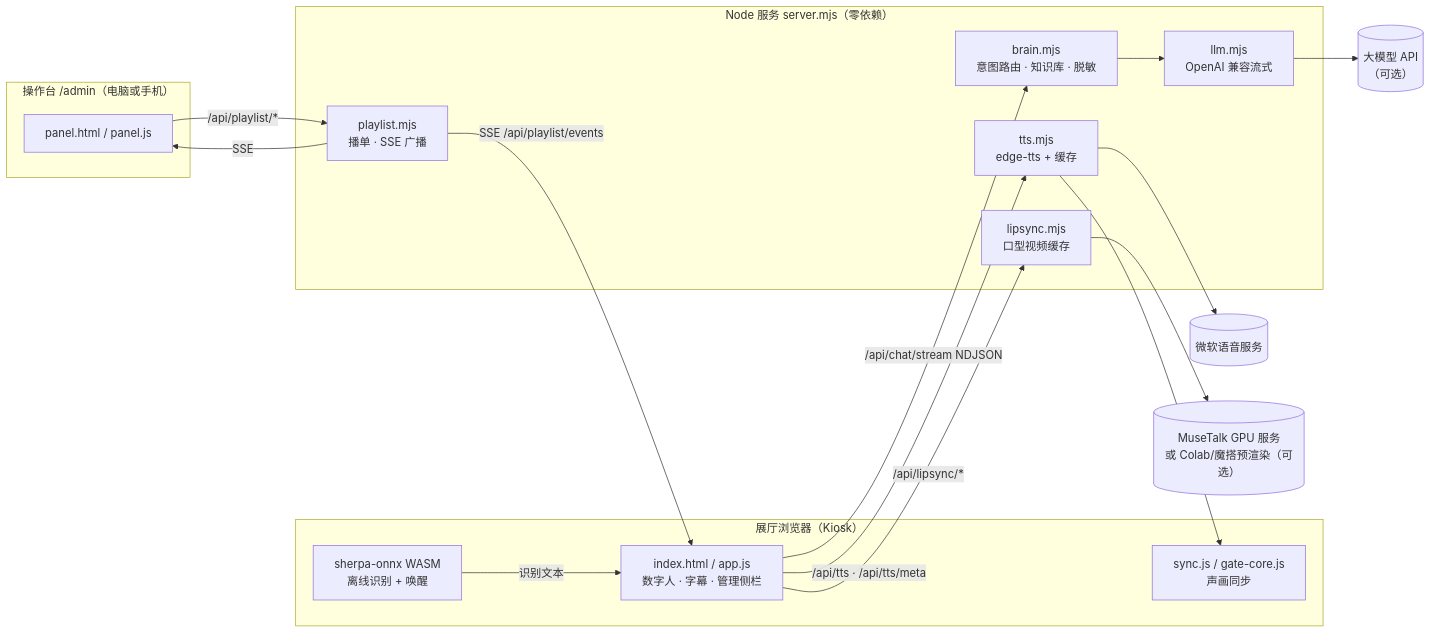
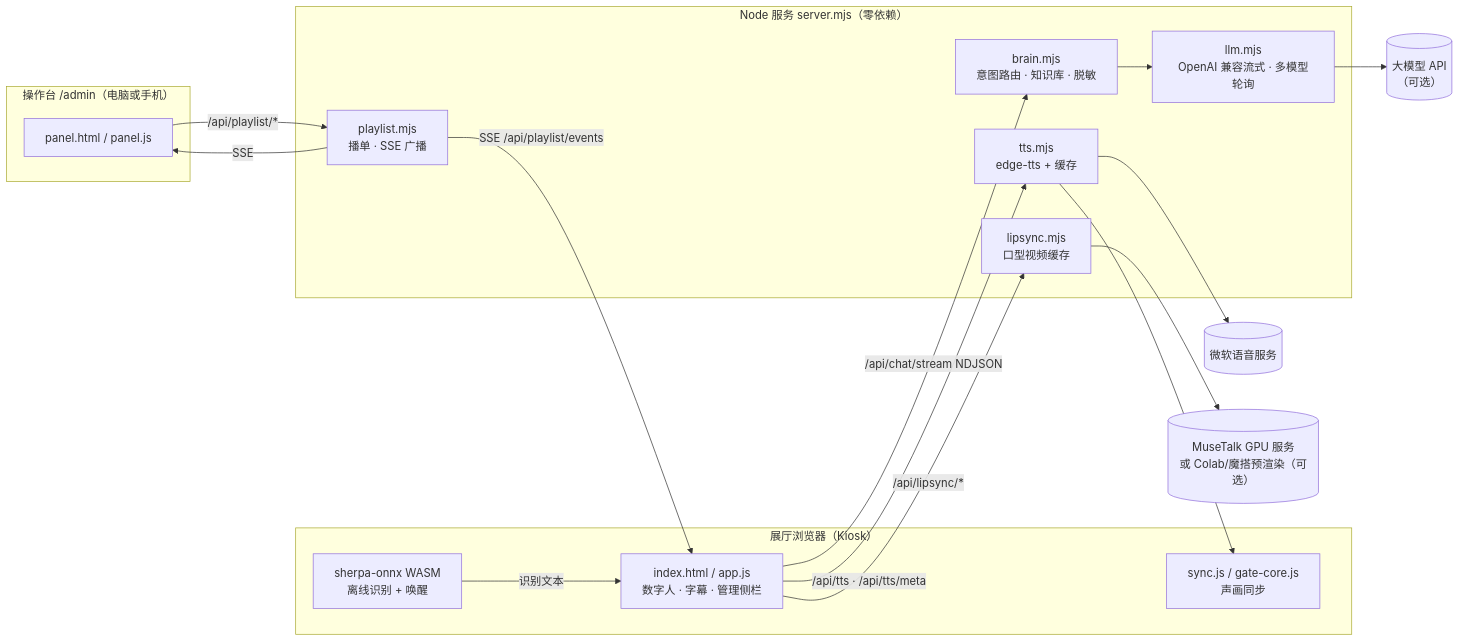
One commit to IVMYM/zhengxin-dh changed the diagram in README.md. Above: the diagram before and after it, drawn with Mermaid. The commit also changed other lines of this file and 5 other files, not shown here.

````diff
--- a/README.md
+++ b/README.md
@@ -57,31 +57,31 @@
 ```mermaid
 flowchart LR
   subgraph Browser["展厅浏览器（Kiosk）"]
     UI["index.html / app.js<br/>数字人 · 字幕 · 管理侧栏"]
     ASR["sherpa-onnx WASM<br/>离线识别 + 唤醒"]
     SYNC["sync.js / gate-core.js<br/>声画同步"]
   end
   subgraph Admin["操作台 /admin（电脑或手机）"]
     PANEL["panel.html / panel.js"]
   end
   subgraph Server["Node 服务 server.mjs（零依赖）"]
     BRAIN["brain.mjs<br/>意图路由 · 知识库 · 脱敏"]
-    LLM["llm.mjs<br/>OpenAI 兼容流式"]
+    LLM["llm.mjs<br/>OpenAI 兼容流式 · 多模型轮询"]
     TTS["tts.mjs<br/>edge-tts + 缓存"]
     PL["playlist.mjs<br/>播单 · SSE 广播"]
     LIP["lipsync.mjs<br/>口型视频缓存"]
   end
   EXT_LLM[("大模型 API<br/>（可选）")]
   EDGE[("微软语音服务")]
   GPU[("MuseTalk GPU 服务<br/>或 Colab/魔搭预渲染（可选）")]
 
   ASR -->|识别文本| UI
   UI -->|/api/chat/stream NDJSON| BRAIN
   BRAIN --> LLM --> EXT_LLM
   UI -->|/api/tts · /api/tts/meta| TTS --> EDGE
   UI -->|/api/lipsync/*| LIP --> GPU
   PANEL -->|/api/playlist/*| PL
   PL -->|SSE /api/playlist/events| UI
   PL -->|SSE| PANEL
   TTS --> SYNC
 ```
````
